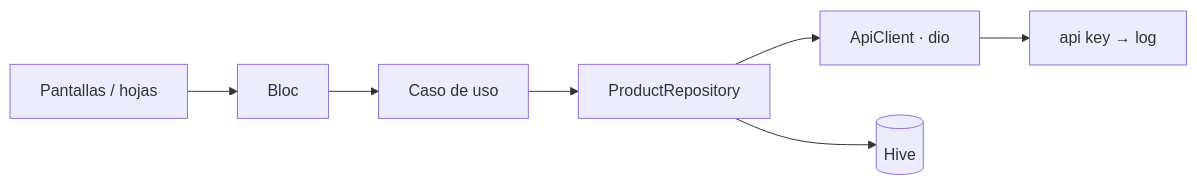
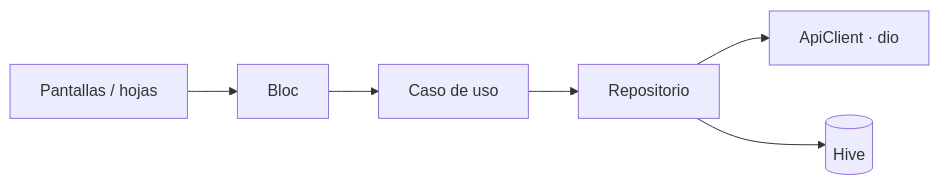
The diagram in README.md (LeoMogiano/bancosol-flutter-challenge), drawn with Mermaid before and after one commit. The commit also changed other lines of this file, not shown here.

````diff
--- a/README.md
+++ b/README.md
@@ -73,9 +53,5 @@
 ```mermaid
 flowchart LR
-  UI[Pantallas / hojas] --> B[Bloc]
-  B --> UC[Caso de uso]
-  UC --> R[ProductRepository]
-  R --> API[ApiClient · dio]
-  R --> H[(Hive)]
-  API --> I[api key → log]
+  UI[Pantallas / hojas] --> B[Bloc] --> UC[Caso de uso] --> R[Repositorio]
+  R --> API[ApiClient · dio] & H[(Hive)]
 ```
````
